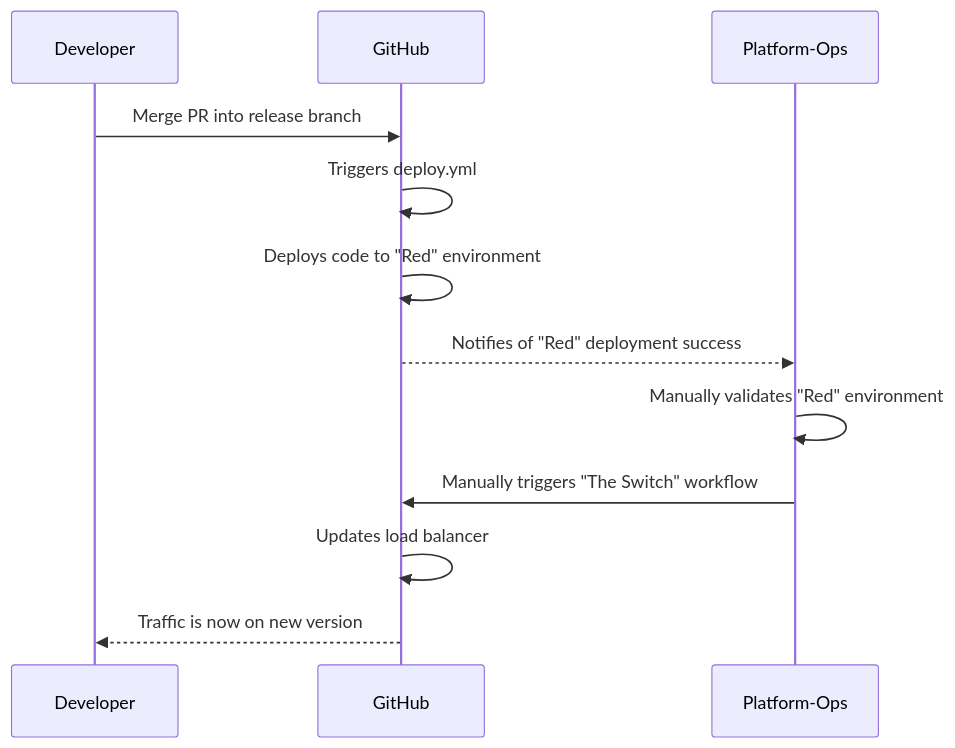
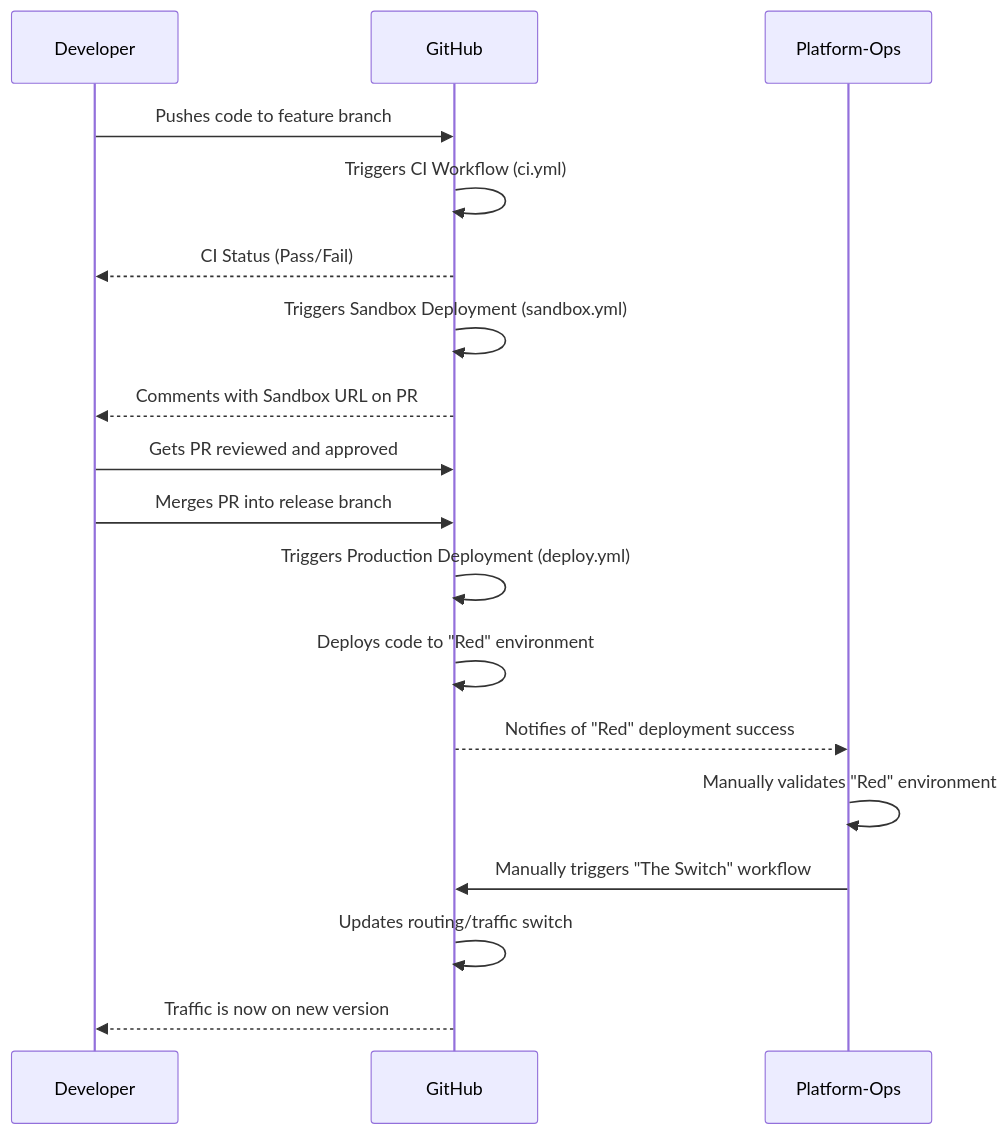
Before and after one commit to FrostUnmanned-Development/app-template: the second of 2 diagrams in README.md, drawn with Mermaid. The commit also changed other lines of this file, not shown here.

Commit message:
mermaid updates

````diff
--- a/README.md
+++ b/README.md
@@ -56,15 +58,21 @@
 ```mermaid
 sequenceDiagram
     participant Developer
     participant GitHub
     participant Platform-Ops
     
-    Developer->>GitHub: Merge PR into release branch
-    GitHub->>GitHub: Triggers deploy.yml
+    Developer->>GitHub: Pushes code to feature branch
+    GitHub->>GitHub: Triggers CI Workflow (ci.yml)
+    GitHub-->>Developer: CI Status (Pass/Fail)
+    GitHub->>GitHub: Triggers Sandbox Deployment (sandbox.yml)
+    GitHub-->>Developer: Comments with Sandbox URL on PR
+    Developer->>GitHub: Gets PR reviewed and approved
+    Developer->>GitHub: Merges PR into release branch
+    GitHub->>GitHub: Triggers Production Deployment (deploy.yml)
     GitHub->>GitHub: Deploys code to "Red" environment
     GitHub-->>Platform-Ops: Notifies of "Red" deployment success
     Platform-Ops->>Platform-Ops: Manually validates "Red" environment
     Platform-Ops->>GitHub: Manually triggers "The Switch" workflow
-    GitHub->>GitHub: Updates load balancer
+    GitHub->>GitHub: Updates routing/traffic switch
     GitHub-->>Developer: Traffic is now on new version
 ```
````
